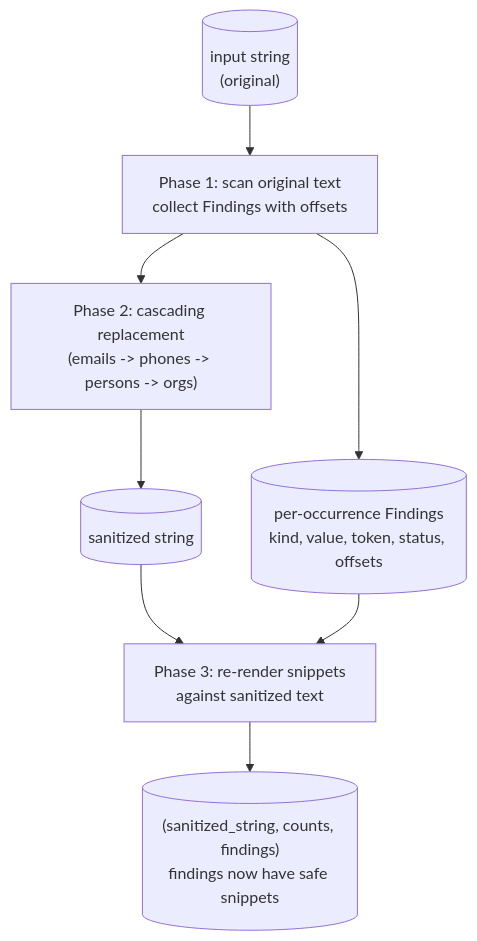
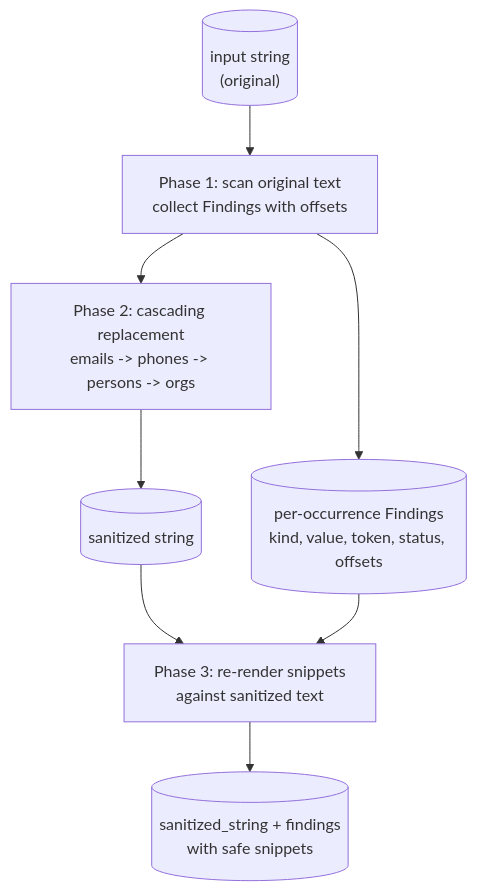
Before and after one commit to mereshd/data_engineer_assesment: the second of 2 diagrams in README.md, drawn with Mermaid. The commit also changed other lines of this file and 11 other files, not shown here.

````diff
--- a/README.md
+++ b/README.md
@@ -324,11 +136,11 @@
 ```mermaid
 flowchart TB
     input[("input string<br/>(original)")]
     input --> scan["Phase 1: scan original text<br/>collect Findings with offsets"]
-    scan --> replace["Phase 2: cascading replacement<br/>(emails -> phones -> persons -> orgs)"]
+    scan --> replace["Phase 2: cascading replacement<br/>emails -> phones -> persons -> orgs"]
     replace --> sanitized[("sanitized string")]
     scan --> findings[(per-occurrence Findings<br/>kind, value, token, status, offsets)]
     sanitized --> snippet["Phase 3: re-render snippets<br/>against sanitized text"]
     findings --> snippet
-    snippet --> output[("(sanitized_string, counts, findings)<br/>findings now have safe snippets")]
+    snippet --> output[("sanitized_string + findings<br/>with safe snippets")]
 ```
````
